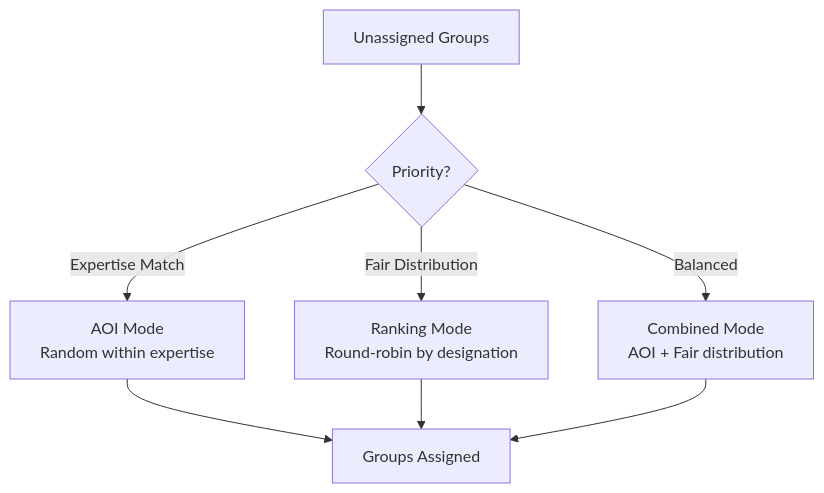
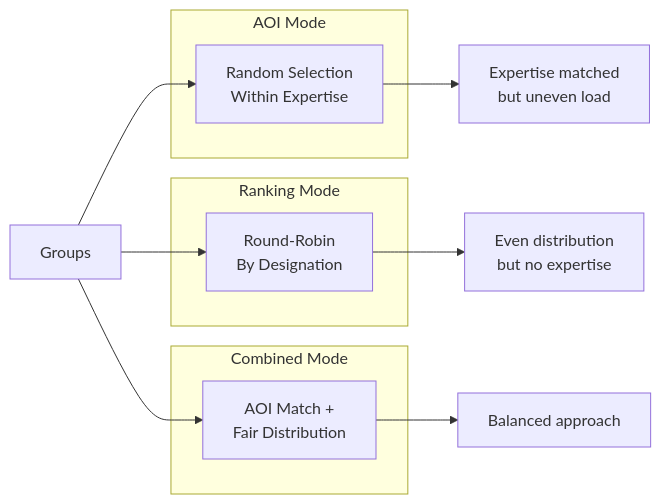
One commit to abdullah2323442/thesisrepo-backup changed diagram 17 of 32 in sequence.md. Above: the diagram before and after it, drawn with Mermaid. The commit also changed other lines of this file, not shown here.

Commit message:
refactor(supervisor-assignment): Revise lottery system to implement AOI-based, ranking-based, and combined assignment modes for enhanced supervisor allocation

````diff
--- a/sequence.md
+++ b/sequence.md
@@ -355,11 +367,22 @@
 ```mermaid
-graph TD
-    Start[Unassigned Groups] --> Choice{Priority?}
-    Choice -->|Expertise Match| AOI[AOI Mode<br/>Random within expertise]
-    Choice -->|Fair Distribution| Rank[Ranking Mode<br/>Round-robin by designation]
-    Choice -->|Balanced| Comb[Combined Mode<br/>AOI + Fair distribution]
+graph LR
+    subgraph AOI Mode
+        A[Random Selection<br/>Within Expertise]
+    end
     
-    AOI --> Result[Groups Assigned]
-    Rank --> Result
-    Comb --> Result
+    subgraph Ranking Mode
+        B[Round-Robin<br/>By Designation]
+    end
+    
+    subgraph Combined Mode
+        C[AOI Match +<br/>Fair Distribution]
+    end
+    
+    Groups --> A
+    Groups --> B
+    Groups --> C
+    
+    A --> R1[Expertise matched<br/>but uneven load]
+    B --> R2[Even distribution<br/>but no expertise]
+    C --> R3[Balanced approach]
 ```
````
